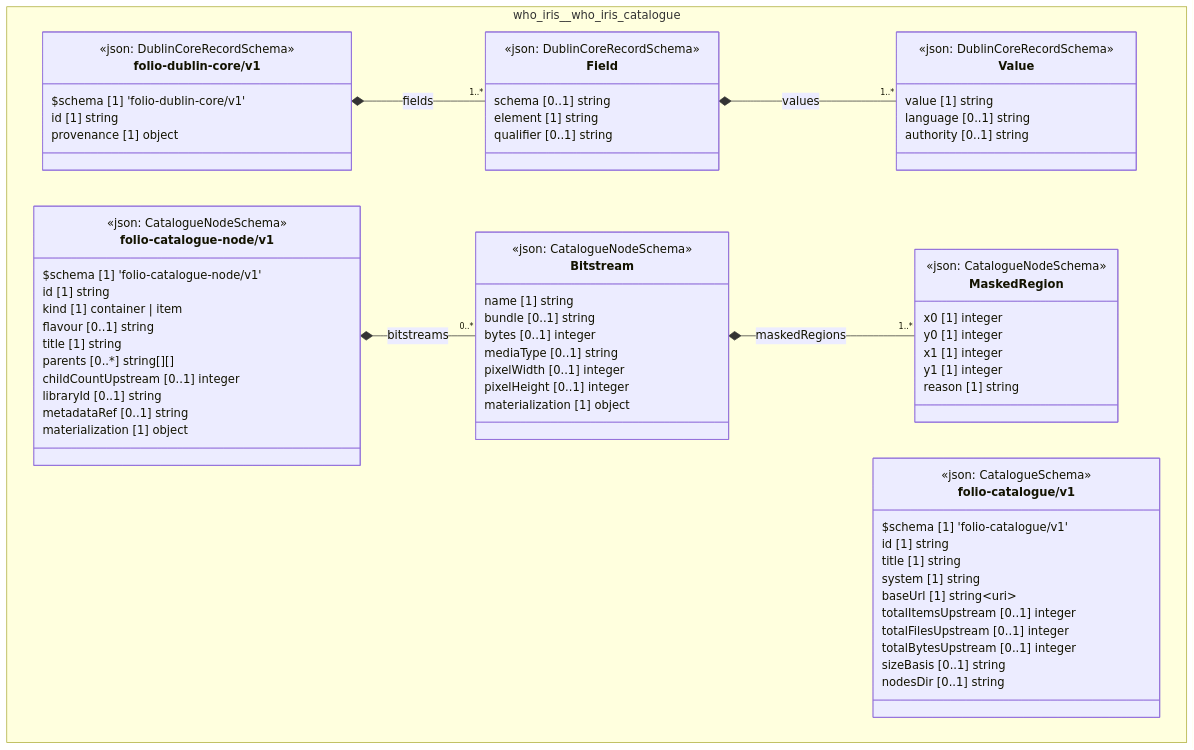
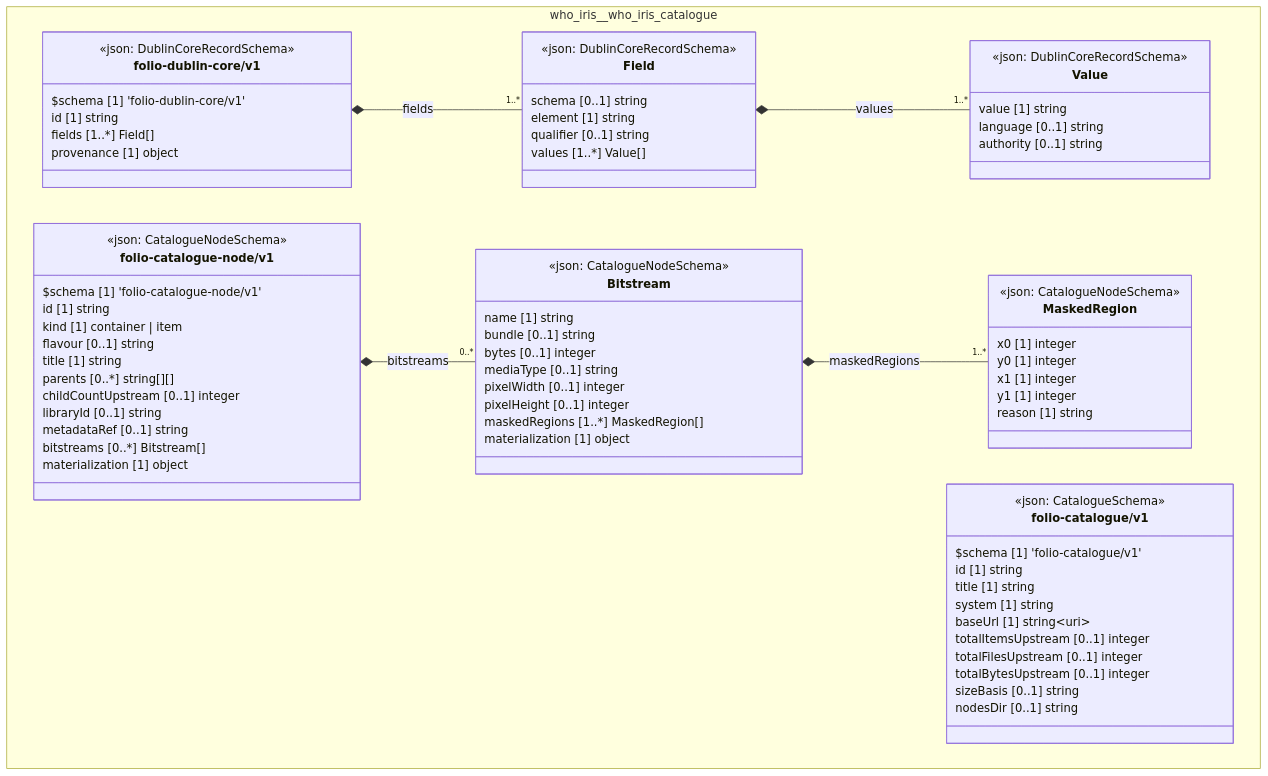
One commit to litlfred/folio-assistant changed the diagram in cat-harness/docs/uml/overview/who-iris/who-iris-catalogue.md. Above: the diagram before and after it, drawn with Mermaid. The commit also changed 181 other files, not shown here.

First line of the commit message:
UML: full object model on the overview page; no empty class boxes

```diff
--- a/cat-harness/docs/uml/overview/who-iris/who-iris-catalogue.md
+++ b/cat-harness/docs/uml/overview/who-iris/who-iris-catalogue.md
@@ -41,11 +41,13 @@
       schema [0..1] string
       element [1] string
       qualifier [0..1] string
+      values [1..*] Value[]
     }
     class who_iris_who_iris_catalogue_folio_dublin_core_v1_folio_dublin_core_v1["folio-dublin-core/v1"] {
       <<json: DublinCoreRecordSchema>>
       $schema [1] 'folio-dublin-core/v1'
       id [1] string
+      fields [1..*] Field[]
       provenance [1] object
     }
     class who_iris_who_iris_catalogue_folio_catalogue_node_v1_MaskedRegion["MaskedRegion"] {
@@ -64,6 +66,7 @@
       mediaType [0..1] string
       pixelWidth [0..1] integer
       pixelHeight [0..1] integer
+      maskedRegions [1..*] MaskedRegion[]
       materialization [1] object
     }
     class who_iris_who_iris_catalogue_folio_catalogue_node_v1_folio_catalogue_node_v1["folio-catalogue-node/v1"] {
@@ -77,6 +80,7 @@
       childCountUpstream [0..1] integer
       libraryId [0..1] string
       metadataRef [0..1] string
+      bitstreams [0..*] Bitstream[]
       materialization [1] object
     }
     class who_iris_who_iris_catalogue_folio_catalogue_v1_folio_catalogue_v1["folio-catalogue/v1"] {
```
